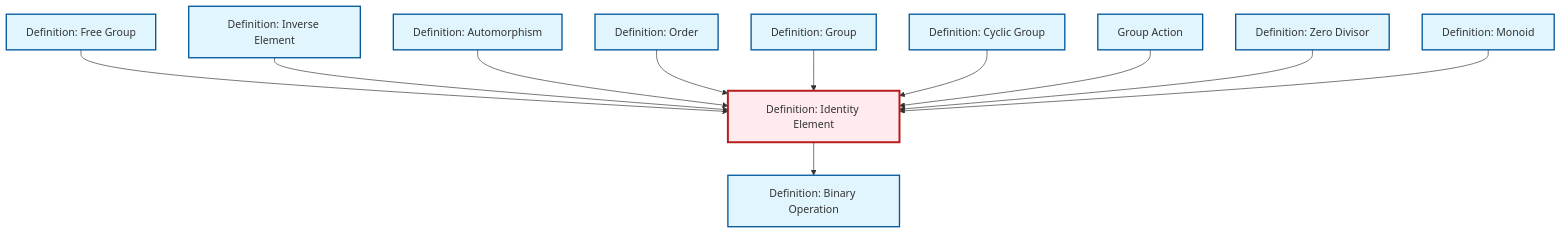
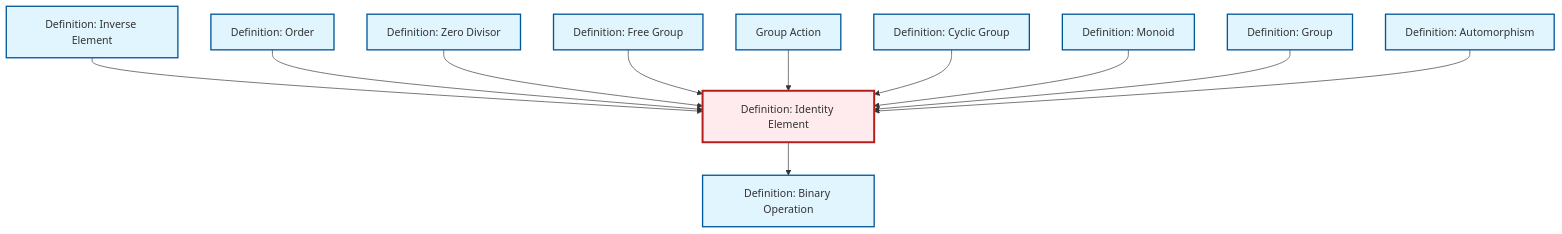
Before and after one commit to RK0429/ModernMath: the diagram in content/en/algebra/def-identity-element.qmd, drawn with Mermaid. The commit also changed other lines of this file and 672 other files, not shown here.

````diff
--- a/content/en/algebra/def-identity-element.qmd
+++ b/content/en/algebra/def-identity-element.qmd
@@ -77,41 +77,41 @@
 ```{mermaid}
 %%| fig-cap: "Local dependency graph"
 graph TD
     classDef definition fill:#e1f5fe,stroke:#01579b,stroke-width:2px
     classDef theorem fill:#f3e5f5,stroke:#4a148c,stroke-width:2px
     classDef axiom fill:#fff3e0,stroke:#e65100,stroke-width:2px
     classDef example fill:#e8f5e9,stroke:#1b5e20,stroke-width:2px
     classDef current fill:#ffebee,stroke:#b71c1c,stroke-width:3px
-    def-identity-element["Definition: Identity Element"]:::definition
-    def-binary-operation["Definition: Binary Operation"]:::definition
     def-inverse-element["Definition: Inverse Element"]:::definition
-    def-free-group["Definition: Free Group"]:::definition
     def-cyclic-group["Definition: Cyclic Group"]:::definition
     def-order["Definition: Order"]:::definition
+    def-binary-operation["Definition: Binary Operation"]:::definition
+    def-automorphism["Definition: Automorphism"]:::definition
+    def-monoid["Definition: Monoid"]:::definition
+    def-free-group["Definition: Free Group"]:::definition
+    def-zero-divisor["Definition: Zero Divisor"]:::definition
+    def-identity-element["Definition: Identity Element"]:::definition
+    def-group["Definition: Group"]:::definition
     def-group-action["Group Action"]:::definition
-    def-monoid["Definition: Monoid"]:::definition
-    def-automorphism["Definition: Automorphism"]:::definition
-    def-group["Definition: Group"]:::definition
-    def-zero-divisor["Definition: Zero Divisor"]:::definition
+    def-inverse-element --> def-identity-element
+    def-order --> def-identity-element
+    def-zero-divisor --> def-identity-element
     def-free-group --> def-identity-element
-    def-inverse-element --> def-identity-element
+    def-group-action --> def-identity-element
+    def-cyclic-group --> def-identity-element
+    def-monoid --> def-identity-element
     def-identity-element --> def-binary-operation
+    def-group --> def-identity-element
     def-automorphism --> def-identity-element
-    def-order --> def-identity-element
-    def-group --> def-identity-element
-    def-cyclic-group --> def-identity-element
-    def-group-action --> def-identity-element
-    def-zero-divisor --> def-identity-element
-    def-monoid --> def-identity-element
     class def-identity-element current
-    click def-binary-operation "def-binary-operation.html" "Go to Binary Operation definition"
     click def-inverse-element "def-inverse-element.html" "Go to Inverse Element definition"
-    click def-free-group "def-free-group.html" "Go to Free Group definition"
     click def-cyclic-group "def-cyclic-group.html" "Go to Cyclic Group definition"
     click def-order "def-order.html" "Go to Order definition"
+    click def-binary-operation "def-binary-operation.html" "Go to Binary Operation definition"
+    click def-automorphism "def-automorphism.html" "Go to Automorphism definition"
+    click def-monoid "def-monoid.html" "Go to Monoid definition"
+    click def-free-group "def-free-group.html" "Go to Free Group definition"
+    click def-zero-divisor "def-zero-divisor.html" "Go to Zero Divisor definition"
+    click def-group "def-group.html" "Go to Group definition"
     click def-group-action "def-group-action.html" "Go to Group Action"
-    click def-monoid "def-monoid.html" "Go to Monoid definition"
-    click def-automorphism "def-automorphism.html" "Go to Automorphism definition"
-    click def-group "def-group.html" "Go to Group definition"
-    click def-zero-divisor "def-zero-divisor.html" "Go to Zero Divisor definition"
 ```
````
